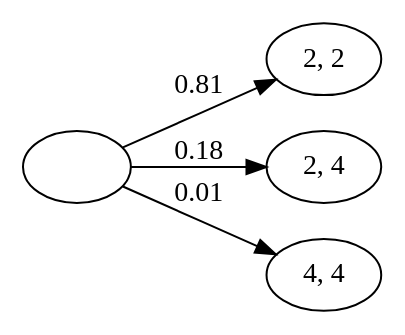
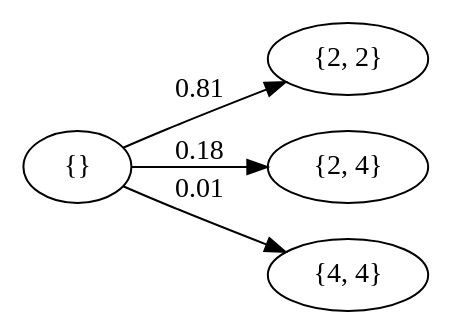
The diagram in assets/2048/markov_chain_0.dot (jdleesmiller/jdleesmiller.github.io), drawn with Graphviz before and after one commit. The commit also changed 19 other files, not shown here.

```diff
--- a/assets/2048/markov_chain_0.dot
+++ b/assets/2048/markov_chain_0.dot
@@ -1,10 +1,10 @@
 digraph {
   rankdir=LR;
-  s_ [label=""];
-  s_2_2 [label="2, 2"];
-  s_2_4 [label="2, 4"];
-  s_4_4 [label="4, 4"];
+  s_ [label="{}"];
+  s_2_2 [label="{2, 2}"];
+  s_2_4 [label="{2, 4}"];
+  s_4_4 [label="{4, 4}"];
   s_ -> s_2_2 [label="0.81"]
   s_ -> s_2_4 [label="0.18"]
   s_ -> s_4_4 [label="0.01"]
 }
```
